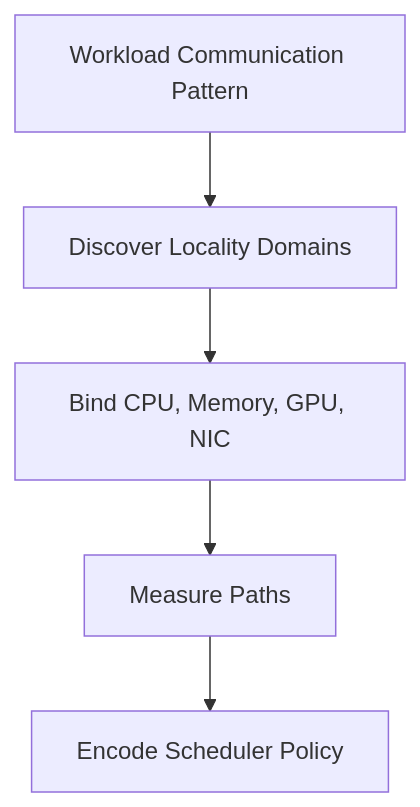
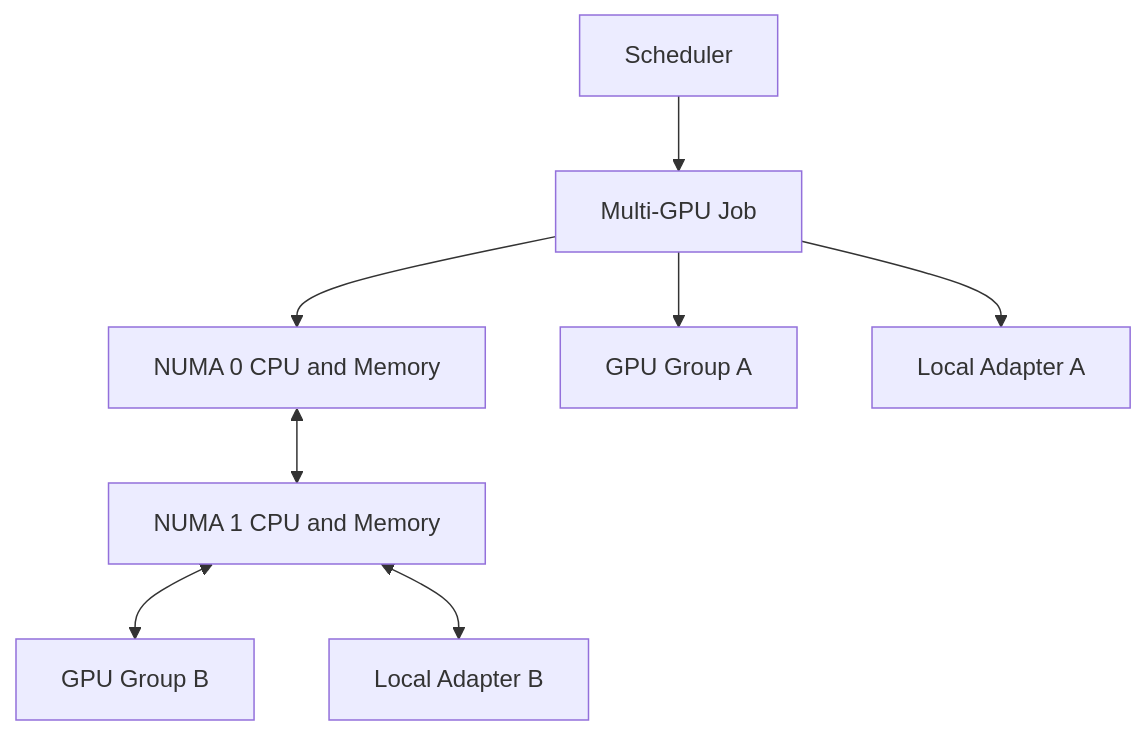
One commit to jithinpnjm/nvidia-devops changed the first of 2 diagrams in docs/nvidia-zero-to-hero/volume-07/chapter-08-topology-aware-placement.md. Above: the diagram before and after it, drawn with Mermaid. The commit also changed other lines of this file and 7 other files, not shown here.

````diff
--- a/docs/nvidia-zero-to-hero/volume-07/chapter-08-topology-aware-placement.md
+++ b/docs/nvidia-zero-to-hero/volume-07/chapter-08-topology-aware-placement.md
@@ -18,9 +50,19 @@
 ```mermaid
 flowchart TD
-    Work[Workload Communication Pattern]
-    Domains[Discover Locality Domains]
-    Bind[Bind CPU, Memory, GPU, NIC]
-    Verify[Measure Paths]
-    Policy[Encode Scheduler Policy]
-    Work --> Domains --> Bind --> Verify --> Policy
+    Scheduler[Scheduler]
+    Job[Multi-GPU Job]
+    CPU0[NUMA 0 CPU and Memory]
+    CPU1[NUMA 1 CPU and Memory]
+    GPU0[GPU Group A]
+    GPU1[GPU Group B]
+    NIC0[Local Adapter A]
+    NIC1[Local Adapter B]
+
+    Scheduler --> Job
+    Job --> CPU0
+    Job --> GPU0
+    Job --> NIC0
+    CPU0 <--> CPU1
+    CPU1 <--> GPU1
+    CPU1 <--> NIC1
 ```
````
